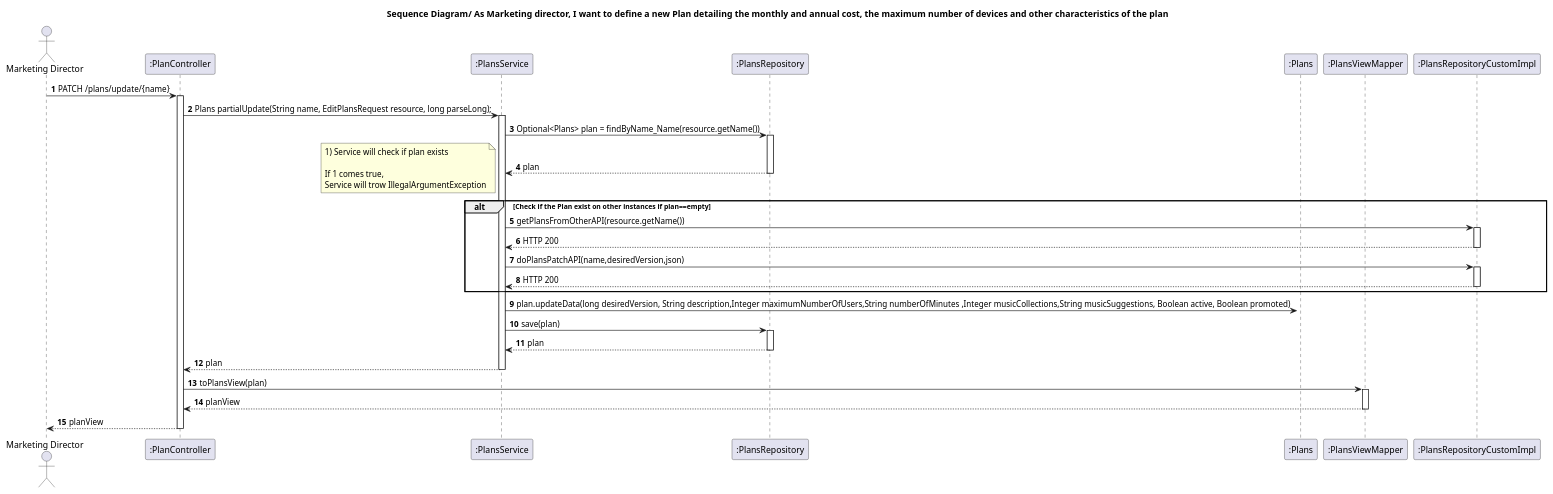
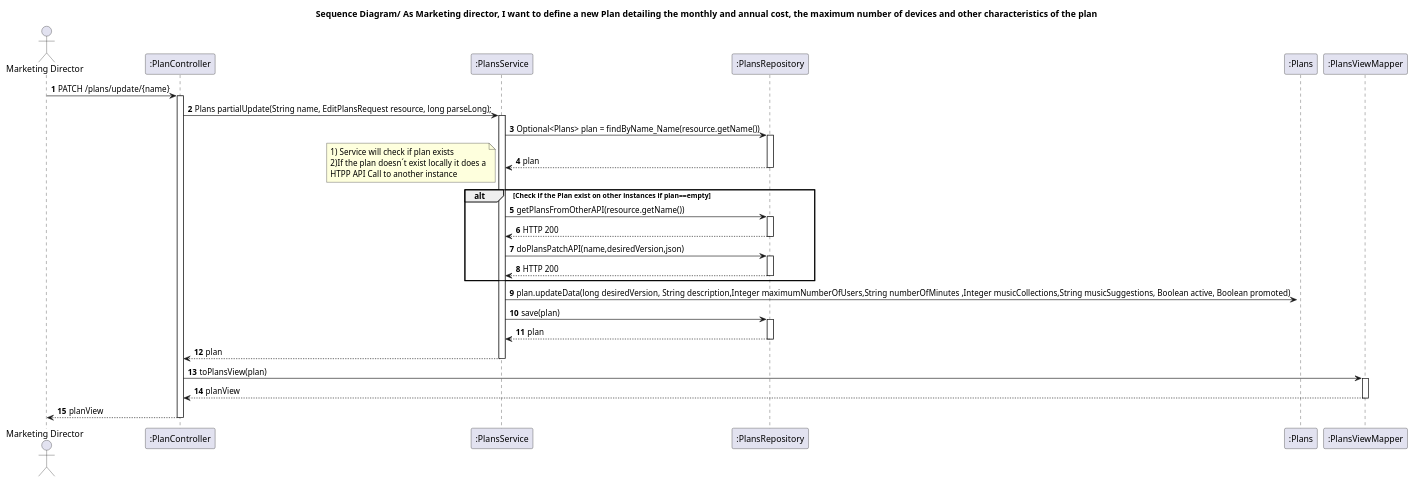
The diagram in docs_sidis/Plans/WP#1A/US03/SD.puml (IsepMartimOliveira/SIDIS), drawn with PlantUML before and after one commit. The commit also changed 5 other files, not shown here.

```diff
--- a/docs_sidis/Plans/WP#1A/US03/SD.puml
+++ b/docs_sidis/Plans/WP#1A/US03/SD.puml
@@ -1,47 +1,45 @@
 @startuml
 'https://plantuml.com/sequence-diagram
 autoactivate on
 autonumber
 title Sequence Diagram/ As Marketing director, I want to define a new Plan detailing the monthly and annual cost, the maximum number of devices and other characteristics of the plan
 
 autonumber
 
 actor "Marketing Director" as Ac
 participant ":PlanController" as Ctrl
 participant ":PlansService" as Serv
 participant ":PlansRepository" as Repo
 participant ":Plans" as Plan
 participant ":PlansViewMapper" as View
-participant ":PlansRepositoryCustomImpl" as RepoHTTP
 
 
 Ac -> Ctrl : PATCH /plans/update/{name}
 
 Ctrl -> Serv :	Plans partialUpdate(String name, EditPlansRequest resource, long parseLong);
 
 Serv -> Repo :Optional<Plans> plan = findByName_Name(resource.getName())
 Repo --> Serv : plan
 note left
 1) Service will check if plan exists
-
-If 1 comes true,
-Service will trow IllegalArgumentException
+2)If the plan doesn´t exist locally it does a
+HTPP API Call to another instance
 end note
 deactivate Plan
 alt Check if the Plan exist on other instances if plan==empty
-Serv->RepoHTTP:getPlansFromOtherAPI(resource.getName())
-RepoHTTP-->Serv: HTTP 200
+Serv->Repo:getPlansFromOtherAPI(resource.getName())
+Repo-->Serv: HTTP 200
 
-Serv->RepoHTTP:doPlansPatchAPI(name,desiredVersion,json)
-RepoHTTP-->Serv: HTTP 200
+Serv->Repo:doPlansPatchAPI(name,desiredVersion,json)
+Repo-->Serv: HTTP 200
 end
 
 Serv -> Plan :plan.updateData(long desiredVersion, String description,Integer maximumNumberOfUsers,String numberOfMinutes ,Integer musicCollections,String musicSuggestions, Boolean active, Boolean promoted)
 Serv -> Repo: save(plan)
 Repo --> Serv: plan
 Serv --> Ctrl: plan
 Ctrl ->View: toPlansView(plan)
 View -->Ctrl: planView
 Ac <-- Ctrl : planView
 
 @enduml
```
